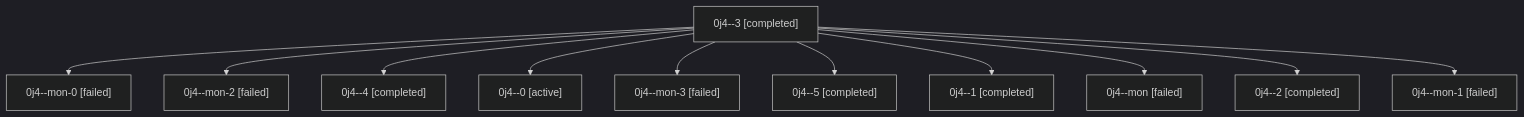
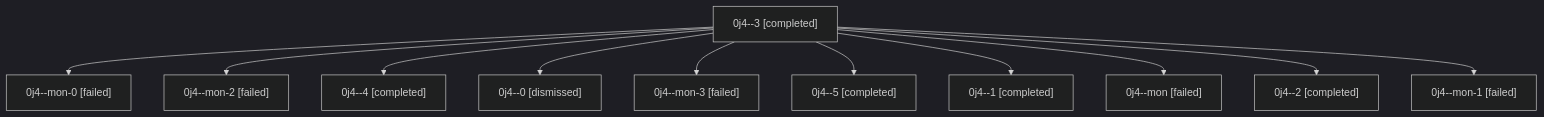
One commit to sase-org/sase--agents changed the diagram in sessions/bbugyi200.athena.0j4.md. Above: the diagram before and after it, drawn with Mermaid (dark theme). The commit also changed other lines of this file and 50 other files, not shown here.

````diff
--- a/sessions/bbugyi200.athena.0j4.md
+++ b/sessions/bbugyi200.athena.0j4.md
@@ -9,24 +9,24 @@
 ```mermaid
 flowchart TD
   n0["0j4--3 [completed]"]
   n1["0j4--mon-0 [failed]"]
   n0 --> n1
   n2["0j4--mon-2 [failed]"]
   n0 --> n2
   n3["0j4--4 [completed]"]
   n0 --> n3
-  n4["0j4--0 [active]"]
+  n4["0j4--0 [dismissed]"]
   n0 --> n4
   n5["0j4--mon-3 [failed]"]
   n0 --> n5
   n6["0j4--5 [completed]"]
   n0 --> n6
   n7["0j4--1 [completed]"]
   n0 --> n7
   n8["0j4--mon [failed]"]
   n0 --> n8
   n9["0j4--2 [completed]"]
   n0 --> n9
   n10["0j4--mon-1 [failed]"]
   n0 --> n10
 ```
````
